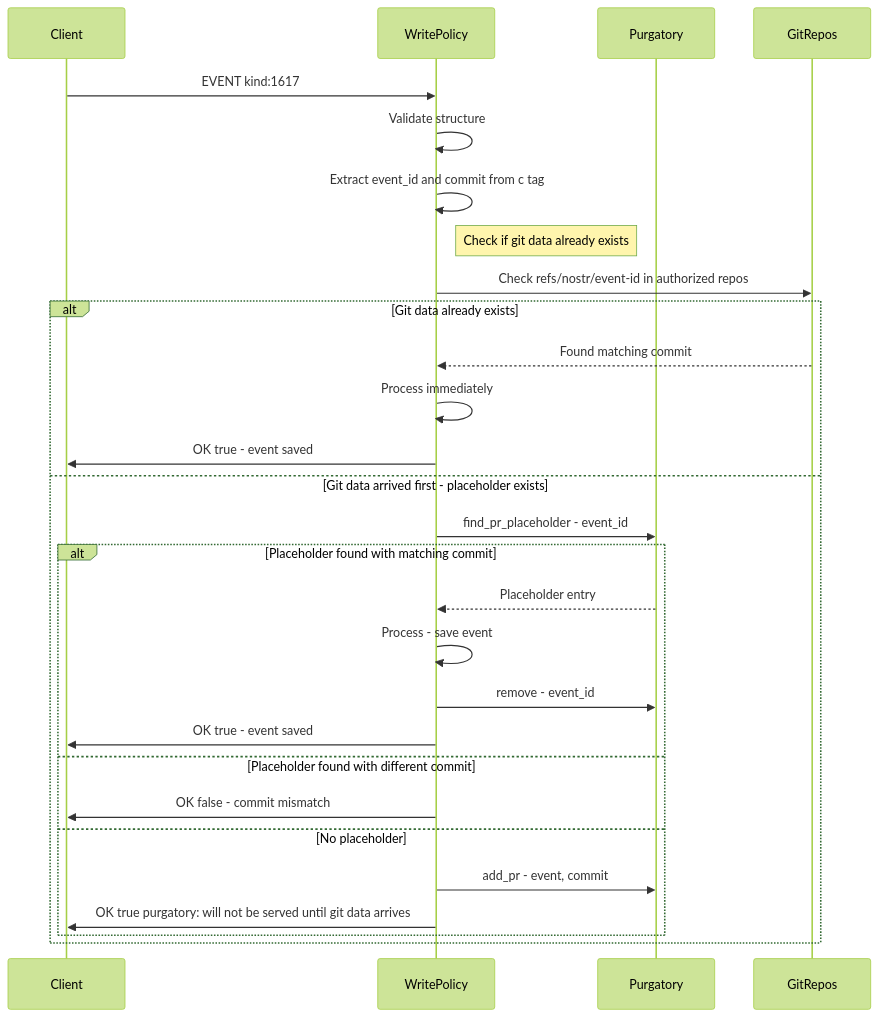
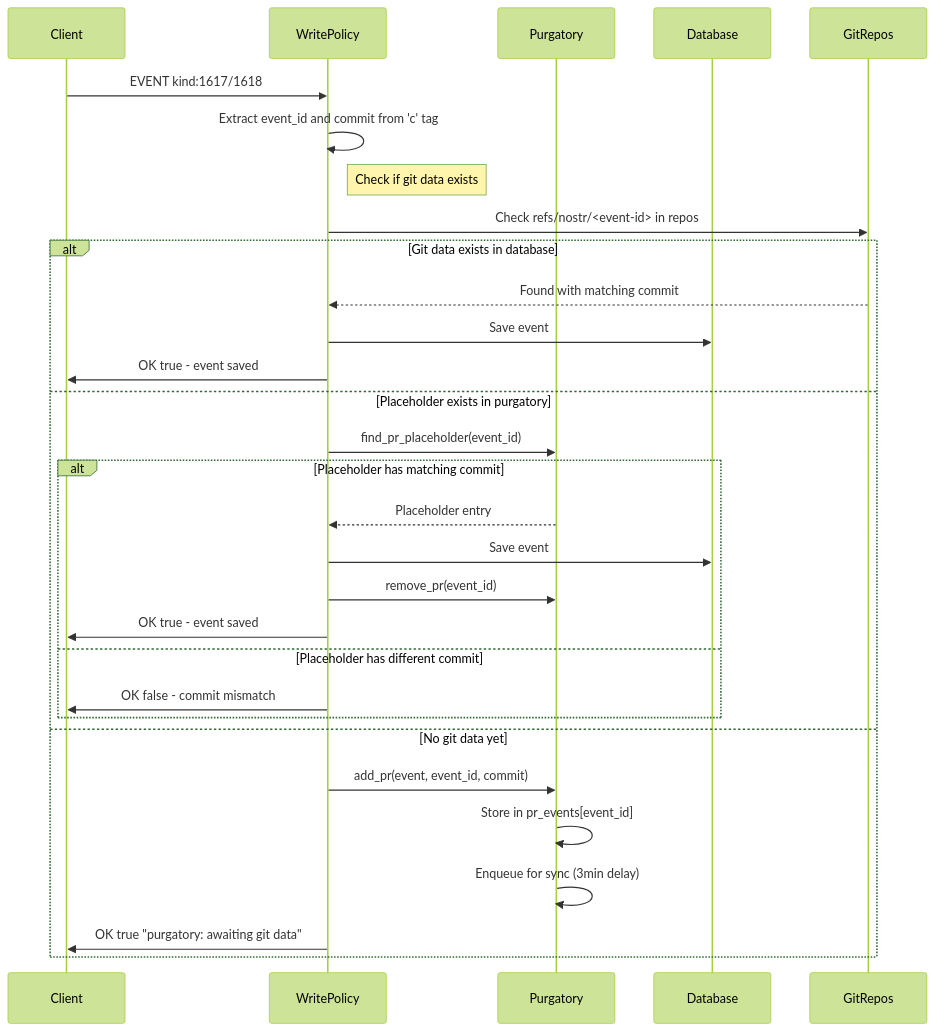
Before and after one commit to Pleb5/ngit-grasp: the second of 4 diagrams in docs/explanation/purgatory-design.md, drawn with Mermaid (forest theme). The commit also changed other lines of this file and 8 other files, not shown here.

Commit message:
docs: update docs with sync and purgatory and git data sync

````diff
--- a/docs/explanation/purgatory-design.md
+++ b/docs/explanation/purgatory-design.md
@@ -164,33 +204,35 @@
 ```mermaid
 sequenceDiagram
     participant Client
     participant WritePolicy
     participant Purgatory
+    participant Database
     participant GitRepos
 
-    Client->>WritePolicy: EVENT kind:1617
-    WritePolicy->>WritePolicy: Validate structure
-    WritePolicy->>WritePolicy: Extract event_id and commit from c tag
+    Client->>WritePolicy: EVENT kind:1617/1618
+    WritePolicy->>WritePolicy: Extract event_id and commit from 'c' tag
 
-    Note right of WritePolicy: Check if git data already exists
-    WritePolicy->>GitRepos: Check refs/nostr/event-id in authorized repos
+    Note right of WritePolicy: Check if git data exists
+    WritePolicy->>GitRepos: Check refs/nostr/<event-id> in repos
 
-    alt Git data already exists
-        GitRepos-->>WritePolicy: Found matching commit
-        WritePolicy->>WritePolicy: Process immediately
+    alt Git data exists in database
+        GitRepos-->>WritePolicy: Found with matching commit
+        WritePolicy->>Database: Save event
         WritePolicy->>Client: OK true - event saved
-    else Git data arrived first - placeholder exists
-        WritePolicy->>Purgatory: find_pr_placeholder - event_id
-        alt Placeholder found with matching commit
+    else Placeholder exists in purgatory
+        WritePolicy->>Purgatory: find_pr_placeholder(event_id)
+        alt Placeholder has matching commit
             Purgatory-->>WritePolicy: Placeholder entry
-            WritePolicy->>WritePolicy: Process - save event
-            WritePolicy->>Purgatory: remove - event_id
+            WritePolicy->>Database: Save event
+            WritePolicy->>Purgatory: remove_pr(event_id)
             WritePolicy->>Client: OK true - event saved
-        else Placeholder found with different commit
+        else Placeholder has different commit
             WritePolicy->>Client: OK false - commit mismatch
-        else No placeholder
-            WritePolicy->>Purgatory: add_pr - event, commit
-            WritePolicy->>Client: OK true purgatory: will not be served until git data arrives
         end
+    else No git data yet
+        WritePolicy->>Purgatory: add_pr(event, event_id, commit)
+        Purgatory->>Purgatory: Store in pr_events[event_id]
+        Purgatory->>Purgatory: Enqueue for sync (3min delay)
+        WritePolicy->>Client: OK true "purgatory: awaiting git data"
     end
 ```
````
